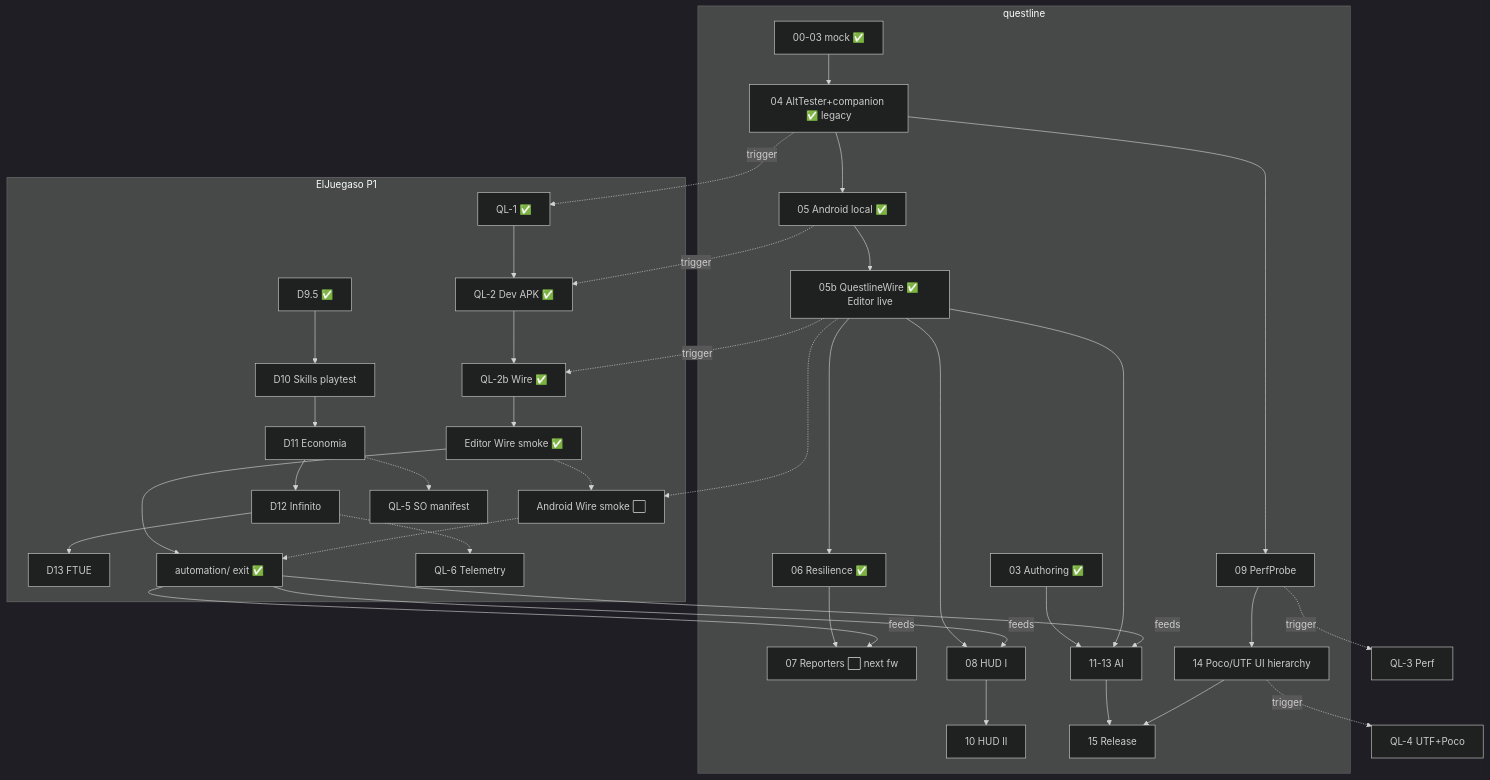
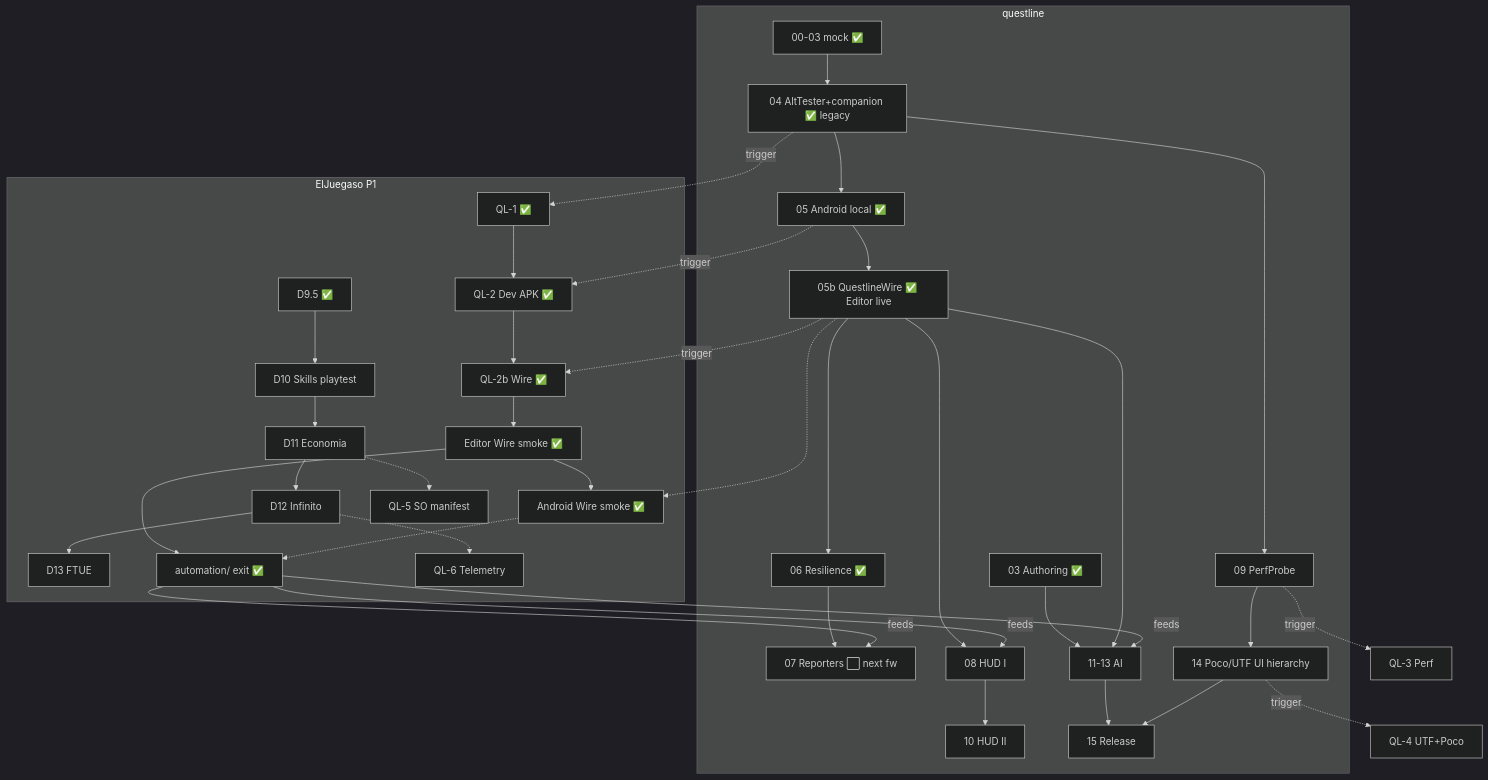
Before and after one commit to Knutronko/questline: the diagram in docs/STATUS-DUAL.md, drawn with Mermaid (dark theme). The commit also changed other lines of this file and 9 other files, not shown here.

First line of the commit message:
fix(android): use adb forward for QuestlineWire device sessions

````diff
--- a/docs/STATUS-DUAL.md
+++ b/docs/STATUS-DUAL.md
@@ -97,43 +97,43 @@
 ```mermaid
 flowchart TB
   subgraph QL[questline]
     Q0[00-03 mock ✅] --> Q4[04 AltTester+companion ✅ legacy]
     Q4 --> Q5[05 Android local ✅]
     Q5 --> Q5b[05b QuestlineWire ✅ Editor live]
     Q5b --> Q6[06 Resilience ✅]
     Q6 --> Q7[07 Reporters ⬜ next fw]
     Q5b --> Q8[08 HUD I]
     Q4 --> Q9[09 PerfProbe]
     Q8 --> Q10[10 HUD II]
     Q3[03 Authoring ✅] --> Q11[11-13 AI]
     Q5b --> Q11
     Q9 --> Q14[14 Poco/UTF UI hierarchy]
     Q11 --> Q15[15 Release]
     Q14 --> Q15
   end
 
   subgraph Game[ElJuegaso P1]
     D95[D9.5 ✅] --> D10[D10 Skills playtest]
     D10 --> D11[D11 Economia]
     D11 --> D12[D12 Infinito]
     D12 --> D13[D13 FTUE]
     QL1[QL-1 ✅] --> QL2[QL-2 Dev APK ✅]
     QL2 --> QL2b[QL-2b Wire ✅]
     QL2b --> LiveEd[Editor Wire smoke ✅]
     LiveEd --> Auto[automation/ exit ✅]
-    LiveEd -.-> LiveAnd[Android Wire smoke ⬜]
+    LiveEd --> LiveAnd[Android Wire smoke ✅]
     LiveAnd -.-> Auto
     D11 -.-> QL5[QL-5 SO manifest]
     D12 -.-> QL6[QL-6 Telemetry]
   end
 
   Q4 -.->|trigger| QL1
   Q5 -.->|trigger| QL2
   Q5b -.->|trigger| QL2b
   Q5b -.-> LiveAnd
   Q9 -.->|trigger| QL3[QL-3 Perf]
   Q14 -.->|trigger| QL4[QL-4 UTF+Poco]
   Auto -->|feeds| Q7
   Auto -->|feeds| Q8
   Auto -->|feeds| Q11
 ```
````
